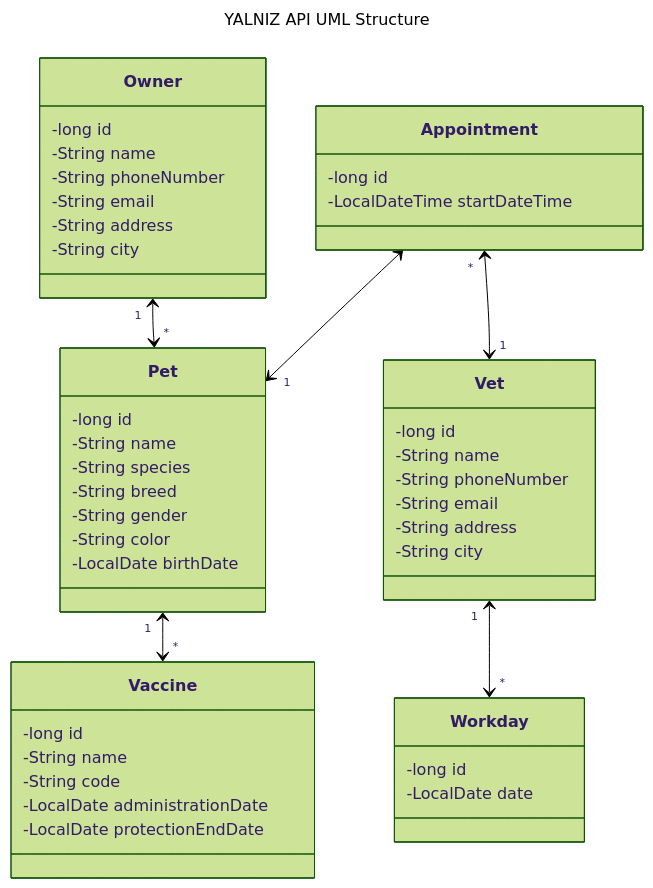
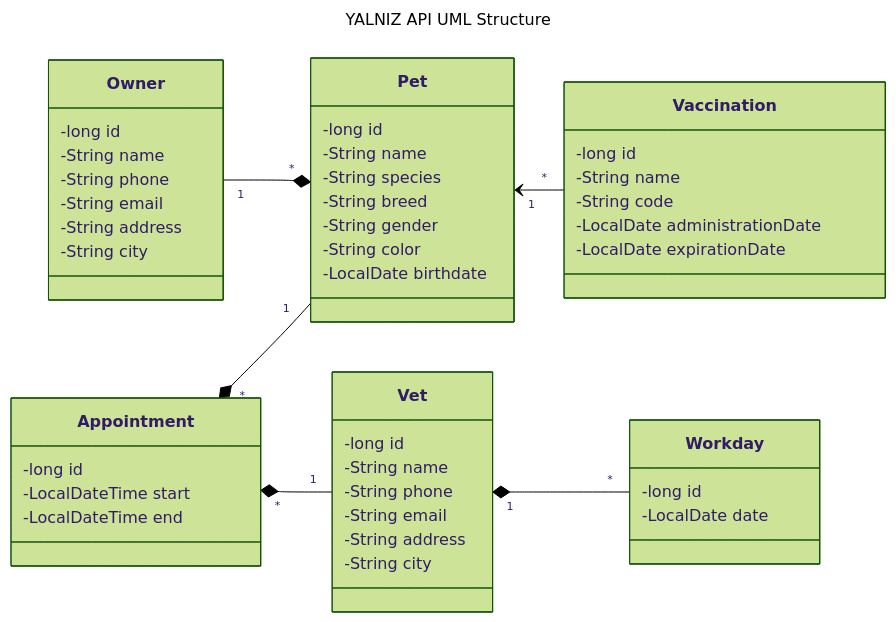
One commit to gokdenizozkan/yalniz-api changed the diagram in README.md. Above: the diagram before and after it, drawn with Mermaid (forest theme). The commit also changed other lines of this file and 142 other files, not shown here.

````diff
--- a/README.md
+++ b/README.md
@@ -92,58 +60,60 @@
 ```mermaid
 ---
 title: YALNIZ API UML Structure
 ---
 classDiagram
-    direction TB
-    Owner "1" <--> "*" Pet
-    Pet "1" <--> "*" Vaccine
-    Vet "1" <--> "*" Workday
-    Appointment "*" <--> "1" Vet
-    Appointment "*" <--> "1" Pet
+    direction LR
+    Owner "1" --* "*" Pet
+    Pet "1" <-- "*" Vaccination
+    Vet "1" *-- "*" Workday
+    Appointment "*" *-- "1" Vet
+    Appointment "*" *-- "1" Pet
 
     class Pet {
         -long id
         -String name
         -String species
         -String breed
         -String gender
         -String color
-        -LocalDate birthDate
+        -LocalDate birthdate
     }
 
     class Owner {
         -long id
         -String name
-        -String phoneNumber
+        -String phone
         -String email
         -String address
         -String city
     }
 
-    class Vaccine {
+    class Vaccination {
         -long id
         -String name
         -String code
         -LocalDate administrationDate
-        -LocalDate protectionEndDate
+        -LocalDate expirationDate
     }
 
     class Vet {
         -long id
         -String name
-        -String phoneNumber
+        -String phone
         -String email
         -String address
         -String city
     }
 
     class Workday {
         -long id
         -LocalDate date
     }
 
     class Appointment {
         -long id
-        -LocalDateTime startDateTime
+        -LocalDateTime start
+        -LocalDateTime end
     }
+
 ```
````
